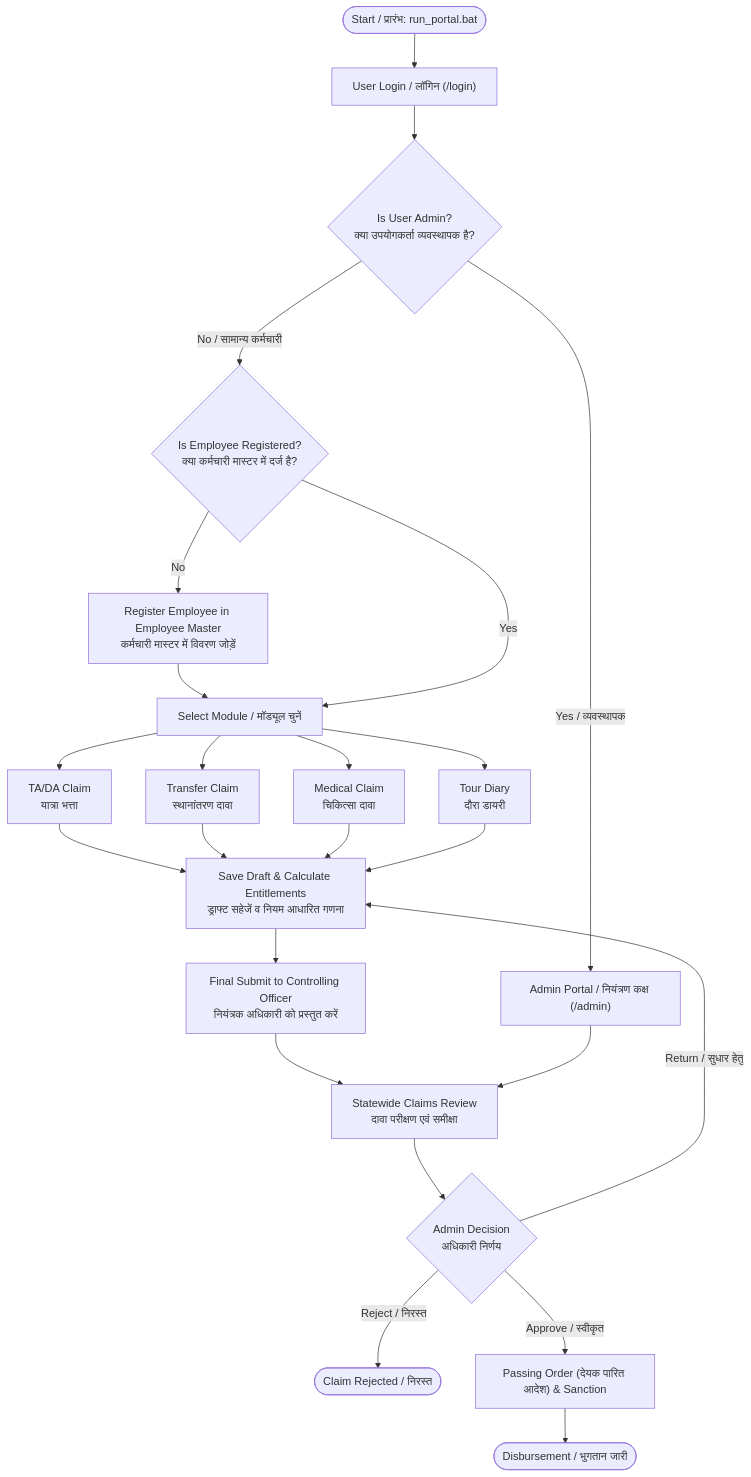
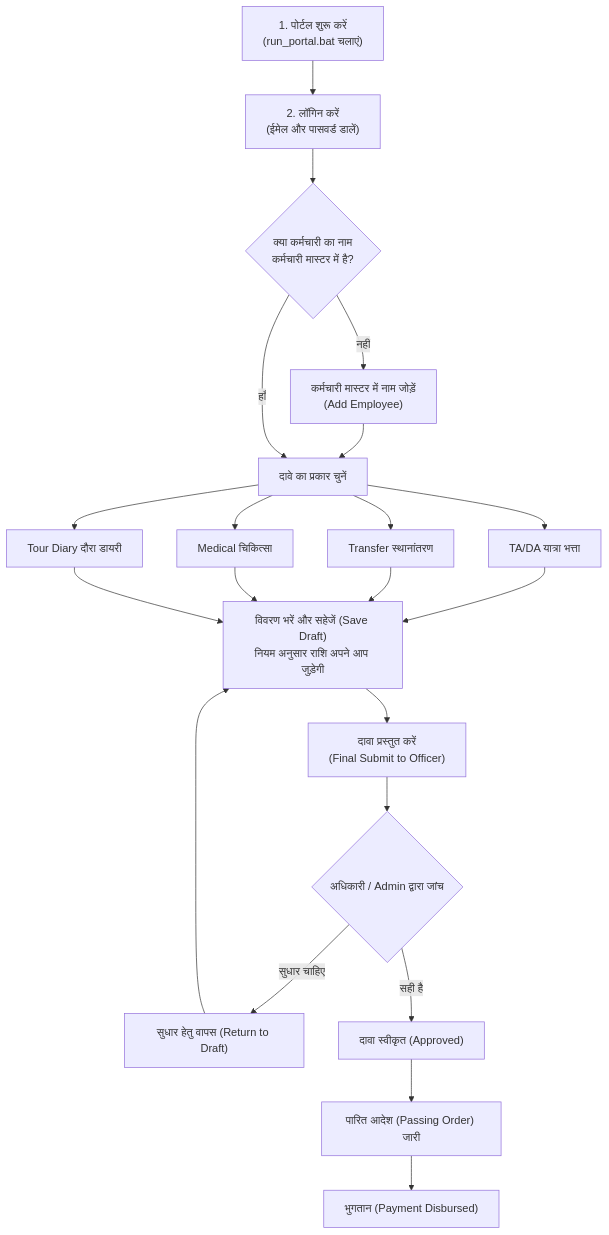
Before and after one commit to vikhyat2k/mpscsc-claims-portal: the first of 2 diagrams in HELP_GUIDE_BILINGUAL.md, drawn with Mermaid. The commit also changed other lines of this file and 1 other file, not shown here.

````diff
--- a/HELP_GUIDE_BILINGUAL.md
+++ b/HELP_GUIDE_BILINGUAL.md
@@ -56,32 +50,28 @@
 ```mermaid
 flowchart TD
-    Start(["Start / प्रारंभ: run_portal.bat"]) --> Login["User Login / लॉगिन (/login)"]
-    Login --> RoleCheck{"Is User Admin?<br/>क्या उपयोगकर्ता व्यवस्थापक है?"}
+    A["1. पोर्टल शुरू करें<br/>(run_portal.bat चलाएं)"] --> B["2. लॉगिन करें<br/>(ईमेल और पासवर्ड डालें)"]
+    B --> C{"क्या कर्मचारी का नाम<br/>कर्मचारी मास्टर में है?"}
     
-    RoleCheck -- No / सामान्य कर्मचारी --> EmpCheck{"Is Employee Registered?<br/>क्या कर्मचारी मास्टर में दर्ज है?"}
-    EmpCheck -- No --> CreateEmp["Register Employee in Employee Master<br/>कर्मचारी मास्टर में विवरण जोड़ें"]
-    CreateEmp --> ChooseModule
-    EmpCheck -- Yes --> ChooseModule["Select Module / मॉड्यूल चुनें"]
+    C -- नहीं --> D["कर्मचारी मास्टर में नाम जोड़ें<br/>(Add Employee)"]
+    D --> E["दावे का प्रकार चुनें"]
+    C -- हाँ --> E
     
-    ChooseModule --> TA["TA/DA Claim<br/>यात्रा भत्ता"]
-    ChooseModule --> TR["Transfer Claim<br/>स्थानांतरण दावा"]
-    ChooseModule --> MD["Medical Claim<br/>चिकित्सा दावा"]
-    ChooseModule --> TD["Tour Diary<br/>दौरा डायरी"]
+    E --> F["TA/DA यात्रा भत्ता"]
+    E --> G["Transfer स्थानांतरण"]
+    E --> H["Medical चिकित्सा"]
+    E --> I["Tour Diary दौरा डायरी"]
     
-    TA --> SaveDraft["Save Draft & Calculate Entitlements<br/>ड्राफ्ट सहेजें व नियम आधारित गणना"]
-    TR --> SaveDraft
-    MD --> SaveDraft
-    TD --> SaveDraft
+    F --> J["विवरण भरें और सहेजें (Save Draft)<br/>नियम अनुसार राशि अपने आप जुड़ेगी"]
+    G --> J
+    H --> J
+    I --> J
     
-    SaveDraft --> SubmitClaim["Final Submit to Controlling Officer<br/>नियंत्रक अधिकारी को प्रस्तुत करें"]
+    J --> K["दावा प्रस्तुत करें<br/>(Final Submit to Officer)"]
+    K --> L{"अधिकारी / Admin द्वारा जांच"}
     
-    RoleCheck -- Yes / व्यवस्थापक --> AdminPortal["Admin Portal / नियंत्रण कक्ष (/admin)"]
-    SubmitClaim --> AdminReview["Statewide Claims Review<br/>दावा परीक्षण एवं समीक्षा"]
-    AdminPortal --> AdminReview
-    
-    AdminReview --> Decision{"Admin Decision<br/>अधिकारी निर्णय"}
-    Decision -- Return / सुधार हेतु --> SaveDraft
-    Decision -- Reject / निरस्त --> Rejected(["Claim Rejected / निरस्त"])
-    Decision -- Approve / स्वीकृत --> Sanction["Passing Order (देयक पारित आदेश) & Sanction"]
-    Sanction --> Payout(["Disbursement / भुगतान जारी"])
+    L -- सुधार चाहिए --> M["सुधार हेतु वापस (Return to Draft)"]
+    M --> J
+    L -- सही है --> N["दावा स्वीकृत (Approved)"]
+    N --> O["पारित आदेश (Passing Order) जारी"]
+    O --> P["भुगतान (Payment Disbursed)"]
 ```
````
